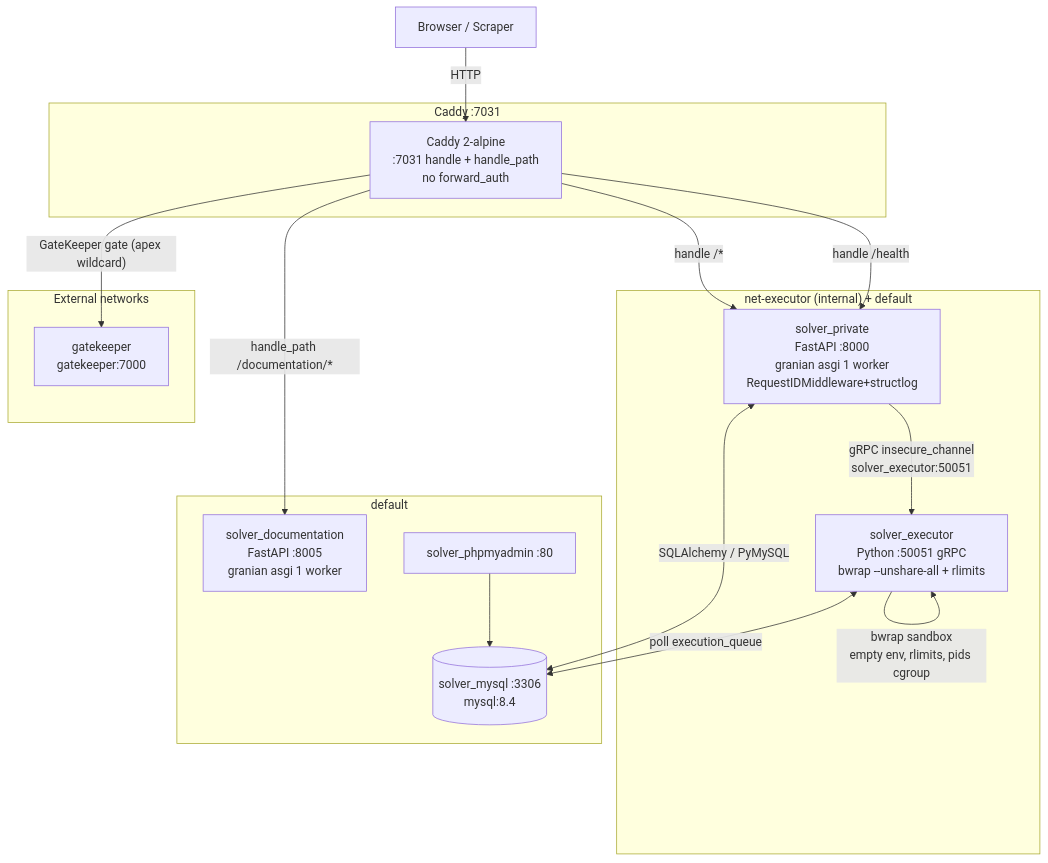
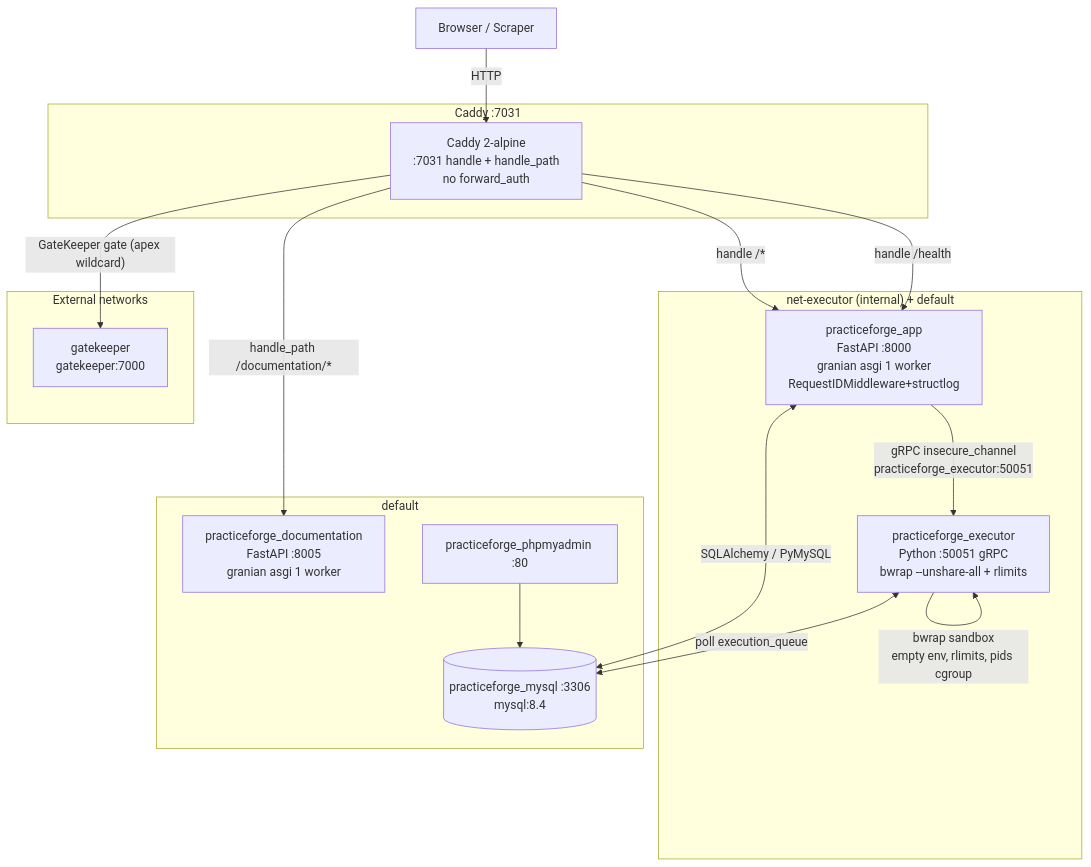
One commit to NovaProtocol/PracticeForge changed the diagram in documentation/docs/architecture.md. Above: the diagram before and after it, drawn with Mermaid. The commit also changed other lines of this file and 19 other files, not shown here.

````diff
--- a/documentation/docs/architecture.md
+++ b/documentation/docs/architecture.md
@@ -7,35 +7,35 @@
 ```mermaid
 graph TB
  U["Browser / Scraper"]
 
  subgraph "Caddy :7031"
  CADDY["Caddy 2-alpine<br/>:7031 handle + handle_path<br/>no forward_auth"]
  end
 
  subgraph "net-executor (internal) + default"
- SOLVER["solver_private<br/>FastAPI :8000<br/>granian asgi 1 worker<br/>RequestIDMiddleware+structlog"]
- EXEC["solver_executor<br/>Python :50051 gRPC<br/>bwrap --unshare-all + rlimits"]
+ SOLVER["practiceforge_app<br/>FastAPI :8000<br/>granian asgi 1 worker<br/>RequestIDMiddleware+structlog"]
+ EXEC["practiceforge_executor<br/>Python :50051 gRPC<br/>bwrap --unshare-all + rlimits"]
  end
 
  subgraph "default"
- DOCS["solver_documentation<br/>FastAPI :8005<br/>granian asgi 1 worker"]
- DB[("solver_mysql :3306<br/>mysql:8.4")]
- PMA["solver_phpmyadmin :80"]
+ DOCS["practiceforge_documentation<br/>FastAPI :8005<br/>granian asgi 1 worker"]
+ DB[("practiceforge_mysql :3306<br/>mysql:8.4")]
+ PMA["practiceforge_phpmyadmin :80"]
  end
 
  subgraph "External networks"
  GK["gatekeeper<br/>gatekeeper:7000"]
  end
 
  U -->|HTTP| CADDY
  CADDY -->|"GateKeeper gate (apex wildcard)"| GK
  CADDY -->|"handle /*"| SOLVER
  CADDY -->|"handle_path /documentation/*"| DOCS
  CADDY -->|"handle /health"| SOLVER
 
- SOLVER -->|"gRPC insecure_channel<br/>solver_executor:50051"| EXEC
+ SOLVER -->|"gRPC insecure_channel<br/>practiceforge_executor:50051"| EXEC
  SOLVER <-->|"SQLAlchemy / PyMySQL"| DB
  EXEC <-->|"poll execution_queue"| DB
  EXEC -->|"bwrap sandbox<br/>empty env, rlimits, pids cgroup"| EXEC
  PMA --> DB
 ```
````
